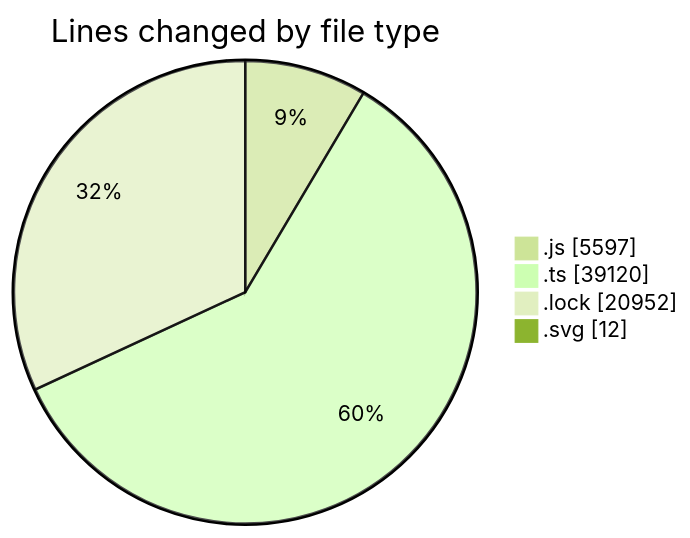
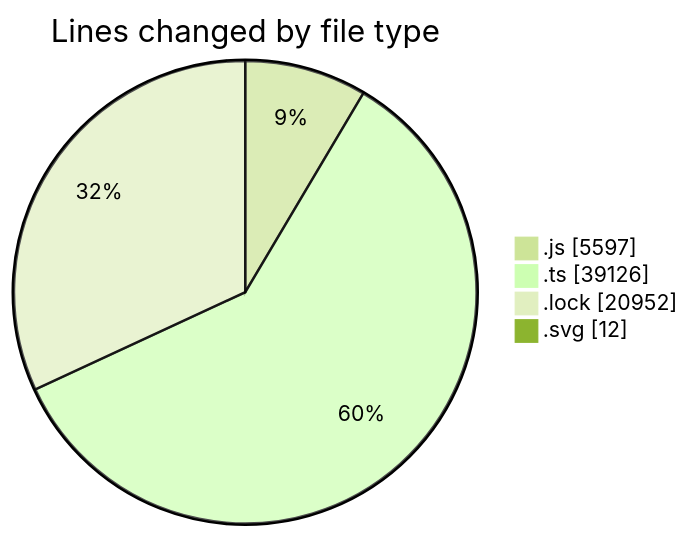
The first of 2 diagrams in 2025-08-12/cda/README.md (momahboobian/code-tracking), drawn with Mermaid (forest theme) before and after one commit. The commit also changed other lines of this file and 1 other file, not shown here.

````diff
--- a/2025-08-12/cda/README.md
+++ b/2025-08-12/cda/README.md
@@ -42,8 +42,8 @@
 ```mermaid
 pie showData
 title Lines changed by file type
 ".js" : 5597
-".ts" : 39120
+".ts" : 39126
 ".lock" : 20952
 ".svg" : 12
 ```
````
